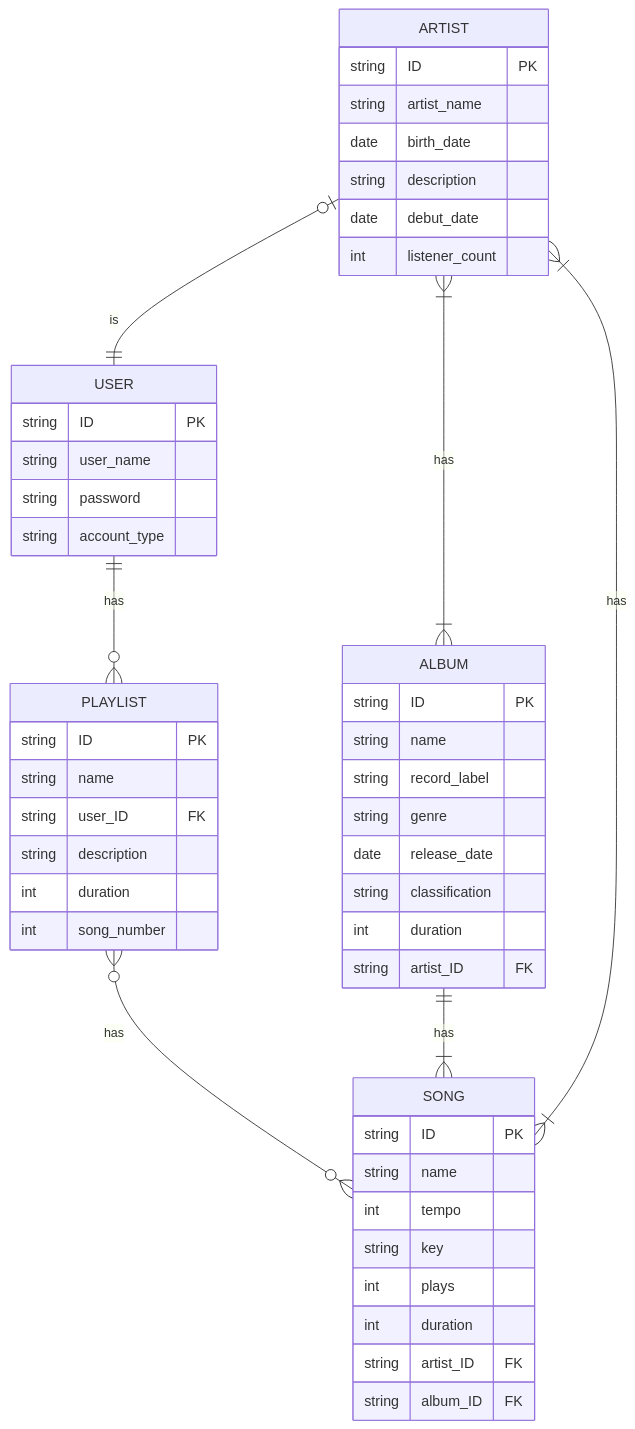
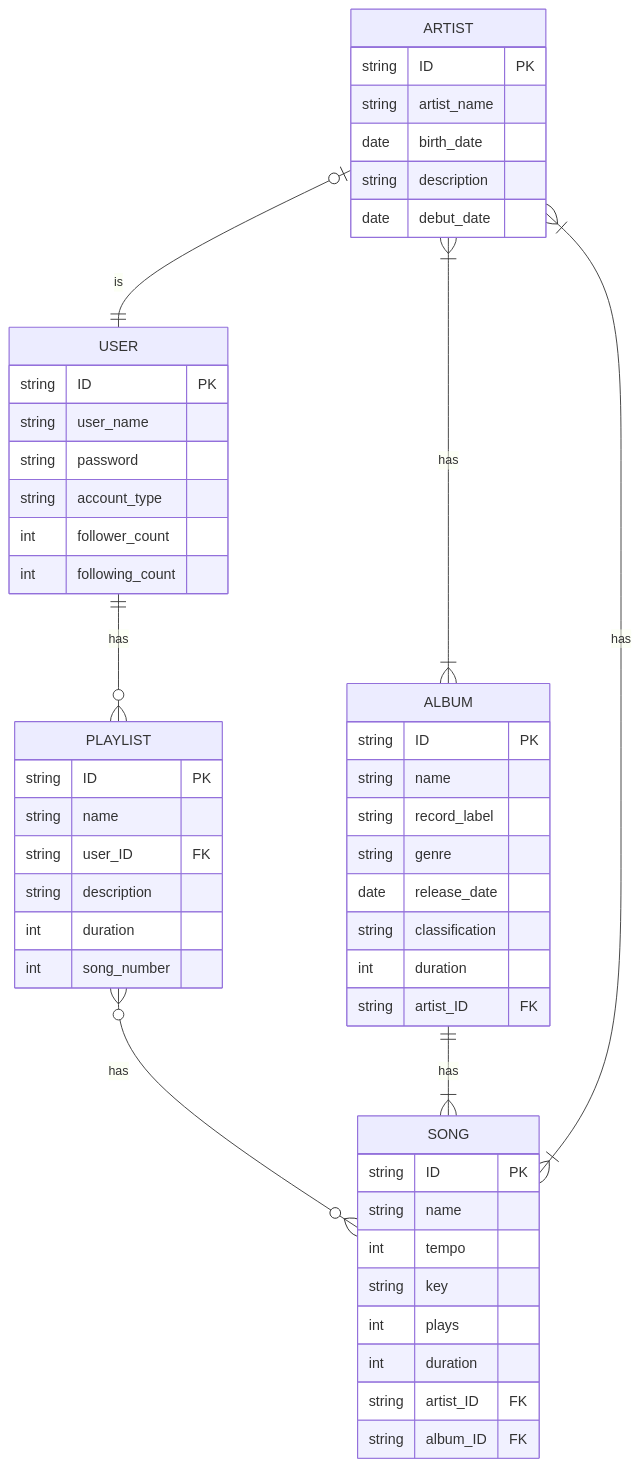
The second of 2 diagrams in reports/Deliverable4.qmd (cmsc-vcu/cmsc508-fa2023-prj-music-database-group32), drawn with Mermaid before and after one commit. The commit also changed other lines of this file and 1 other file, not shown here.

Commit message:
added functional dependencies and edited ER diagrams

````diff
--- a/reports/Deliverable4.qmd
+++ b/reports/Deliverable4.qmd
@@ -97,58 +83,59 @@
 ```{mermaid}
 erDiagram
     PLAYLIST }o--o{ SONG : has
     ALBUM ||--|{ SONG : has
     ARTIST }|--|{ ALBUM : has
     USER ||--o{ PLAYLIST : has
     ARTIST |o--|| USER : is
     ARTIST }|--|{ SONG : has
 
     PLAYLIST{
         string ID PK
         string name
         string user_ID FK
         string description
         int duration
         int song_number
     }
 
     ALBUM{
         string ID PK
         string name
         string record_label
         string genre
         date release_date
         string classification
         int duration
         string artist_ID FK
     }
 
     SONG{
         string ID PK
         string name
         int tempo
         string key
         int plays
         int duration
         string artist_ID FK
         string album_ID FK
     } 
 
     USER {
         string ID PK
         string user_name
         string password
         string account_type
+        int follower_count
+        int following_count
     }
 
     ARTIST {
         string ID PK
         string artist_name
         date birth_date
         string description
         date debut_date
-        int listener_count
     }
 
 
 ```
````
